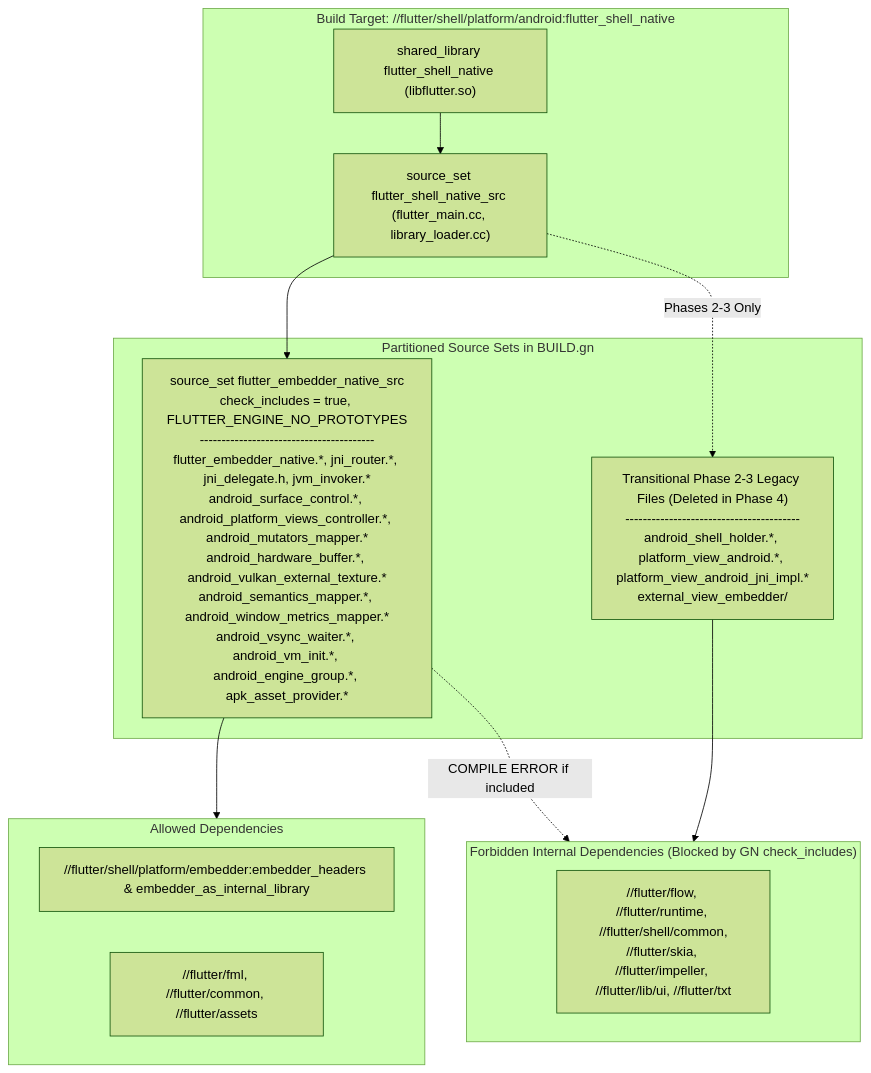
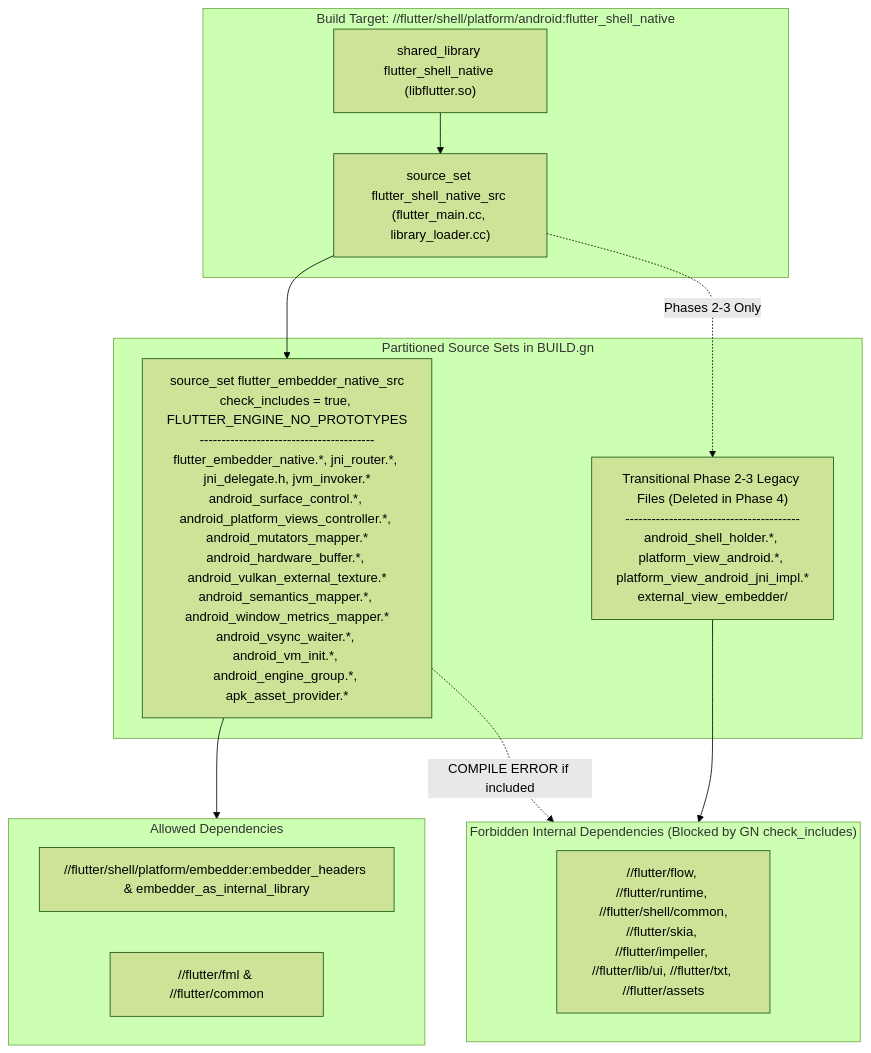
One commit to flutter/rfc changed diagram 13 of 14 in rfc/410.0000-flutter-android-embedder-c-api-migration.md. Above: the diagram before and after it, drawn with Mermaid (forest theme). The commit also changed other lines of this file, not shown here.

````diff
--- a/rfc/410.0000-flutter-android-embedder-c-api-migration.md
+++ b/rfc/410.0000-flutter-android-embedder-c-api-migration.md
@@ -1341,28 +1352,28 @@
 ```mermaid
 flowchart TD
     subgraph BuildTarget["Build Target: //flutter/shell/platform/android:flutter_shell_native"]
         SharedLib["shared_library flutter_shell_native (libflutter.so)"]
         ShellSrc["source_set flutter_shell_native_src (flutter_main.cc, library_loader.cc)"]
     end
 
     subgraph SourceSets["Partitioned Source Sets in BUILD.gn"]
         CAPISourceSet["source_set flutter_embedder_native_src<br/>check_includes = true, FLUTTER_ENGINE_NO_PROTOTYPES<br/>----------------------------------------<br/>flutter_embedder_native.*, jni_router.*, jni_delegate.h, jvm_invoker.*<br/>android_surface_control.*, android_platform_views_controller.*, android_mutators_mapper.*<br/>android_hardware_buffer.*, android_vulkan_external_texture.*<br/>android_semantics_mapper.*, android_window_metrics_mapper.*<br/>android_vsync_waiter.*, android_vm_init.*, android_engine_group.*, apk_asset_provider.*"]
         LegacySourceSet["Transitional Phase 2-3 Legacy Files (Deleted in Phase 4)<br/>----------------------------------------<br/>android_shell_holder.*, platform_view_android.*, platform_view_android_jni_impl.*<br/>external_view_embedder/"]
     end
 
     subgraph AllowedCAPIDeps["Allowed Dependencies"]
         EmbedderHeaders["//flutter/shell/platform/embedder:embedder_headers & embedder_as_internal_library"]
-        FML["//flutter/fml, //flutter/common, //flutter/assets"]
+        FML["//flutter/fml & //flutter/common"]
     end
 
     subgraph ForbiddenCAPIDeps["Forbidden Internal Dependencies (Blocked by GN check_includes)"]
-        Internal["//flutter/flow, //flutter/runtime, //flutter/shell/common,<br/>//flutter/skia, //flutter/impeller, //flutter/lib/ui, //flutter/txt"]
+        Internal["//flutter/flow, //flutter/runtime, //flutter/shell/common,<br/>//flutter/skia, //flutter/impeller, //flutter/lib/ui, //flutter/txt, //flutter/assets"]
     end
 
     SharedLib --> ShellSrc
     ShellSrc --> CAPISourceSet
     ShellSrc -.->|Phases 2-3 Only| LegacySourceSet
     CAPISourceSet --> AllowedCAPIDeps
     CAPISourceSet -.->|COMPILE ERROR if included| ForbiddenCAPIDeps
     LegacySourceSet --> ForbiddenCAPIDeps
 ```
````
